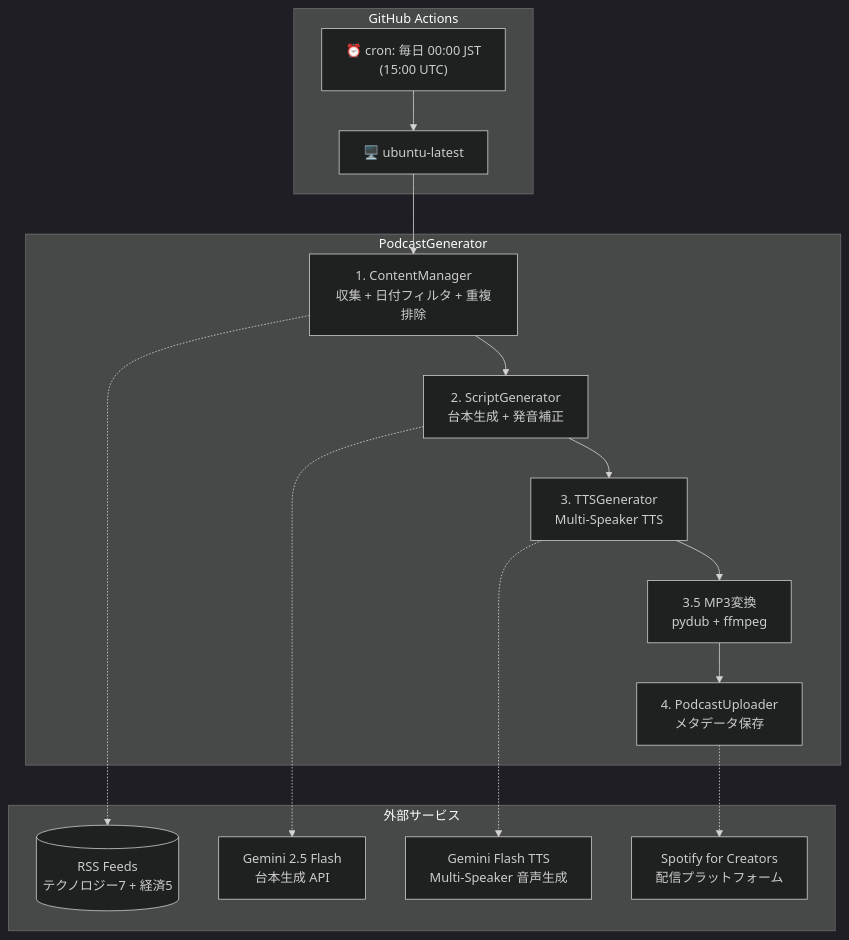
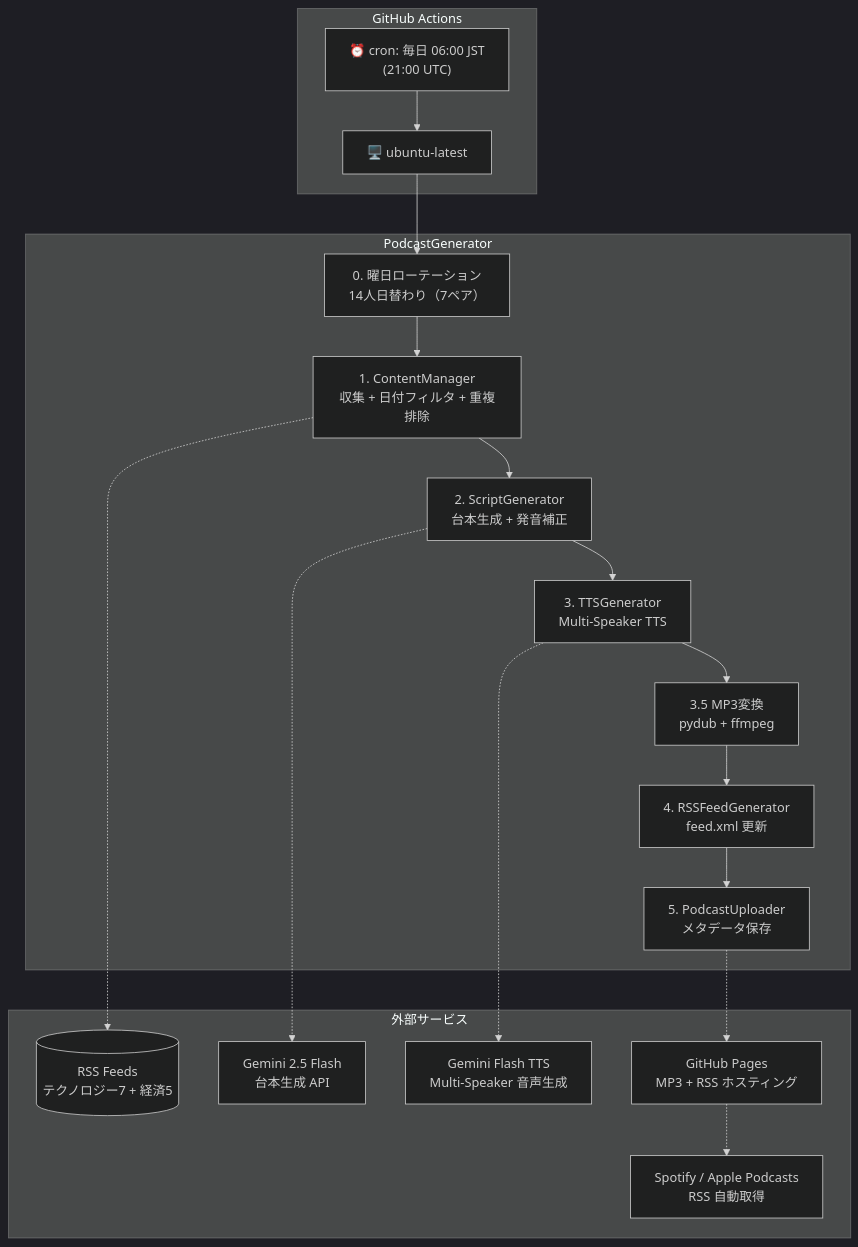
Before and after one commit to necoha/auto-podcast: the first of 4 diagrams in docs/HLD.md, drawn with Mermaid (dark theme). The commit also changed other lines of this file and 3 other files, not shown here.

````diff
--- a/docs/HLD.md
+++ b/docs/HLD.md
@@ -10,31 +10,35 @@
 ```mermaid
 flowchart TD
     subgraph CI["GitHub Actions"]
-        Cron["⏰ cron: 毎日 00:00 JST<br/>(15:00 UTC)"]
+        Cron["⏰ cron: 毎日 06:00 JST<br/>(21:00 UTC)"]
         Runner["🖥️ ubuntu-latest"]
     end
 
     subgraph App["PodcastGenerator"]
+        ROT["0. 曜日ローテーション<br/>14人日替わり（7ペア）"]
         CM["1. ContentManager<br/>収集 + 日付フィルタ + 重複排除"]
         SG["2. ScriptGenerator<br/>台本生成 + 発音補正"]
         TTS["3. TTSGenerator<br/>Multi-Speaker TTS"]
         MP3["3.5 MP3変換<br/>pydub + ffmpeg"]
-        UP["4. PodcastUploader<br/>メタデータ保存"]
+        RGEN["4. RSSFeedGenerator<br/>feed.xml 更新"]
+        UP["5. PodcastUploader<br/>メタデータ保存"]
     end
 
     subgraph External["外部サービス"]
         RSS[("RSS Feeds<br/>テクノロジー7 + 経済5")]
         GeminiLLM["Gemini 2.5 Flash<br/>台本生成 API"]
         GeminiTTS["Gemini Flash TTS<br/>Multi-Speaker 音声生成"]
-        Spotify["Spotify for Creators<br/>配信プラットフォーム"]
+        GHP["GitHub Pages<br/>MP3 + RSS ホスティング"]
+        Spotify["Spotify / Apple Podcasts<br/>RSS 自動取得"]
     end
 
     Cron --> Runner
-    Runner --> CM
-    CM --> SG --> TTS --> MP3 --> UP
+    Runner --> ROT --> CM
+    CM --> SG --> TTS --> MP3 --> RGEN --> UP
 
     CM -.-> RSS
     SG -.-> GeminiLLM
     TTS -.-> GeminiTTS
-    UP -.-> Spotify
+    UP -.-> GHP
+    GHP -.-> Spotify
 ```
````
